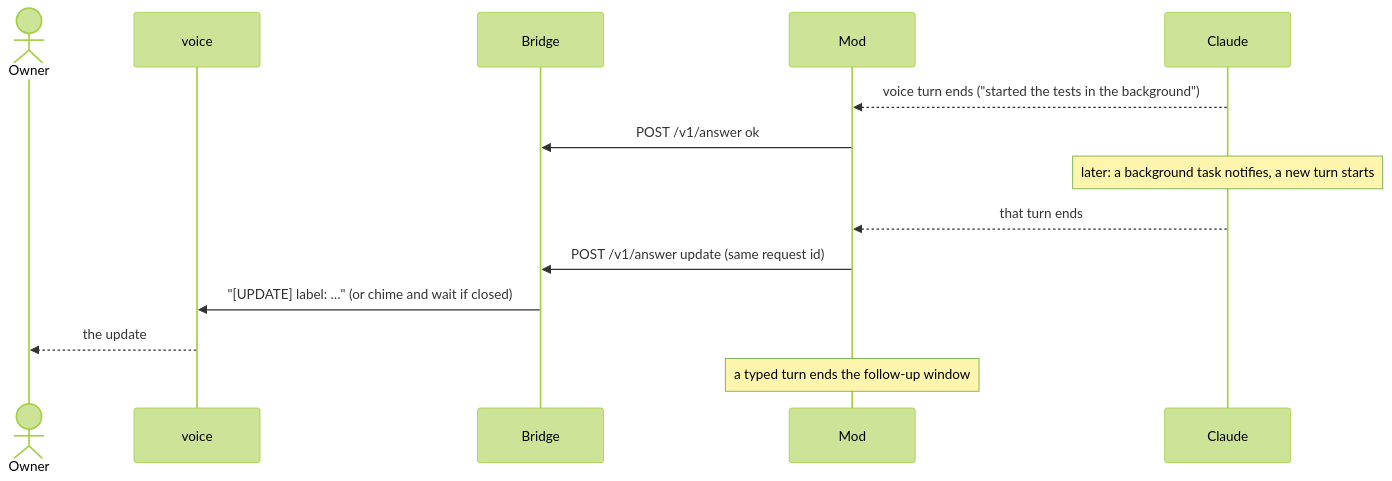
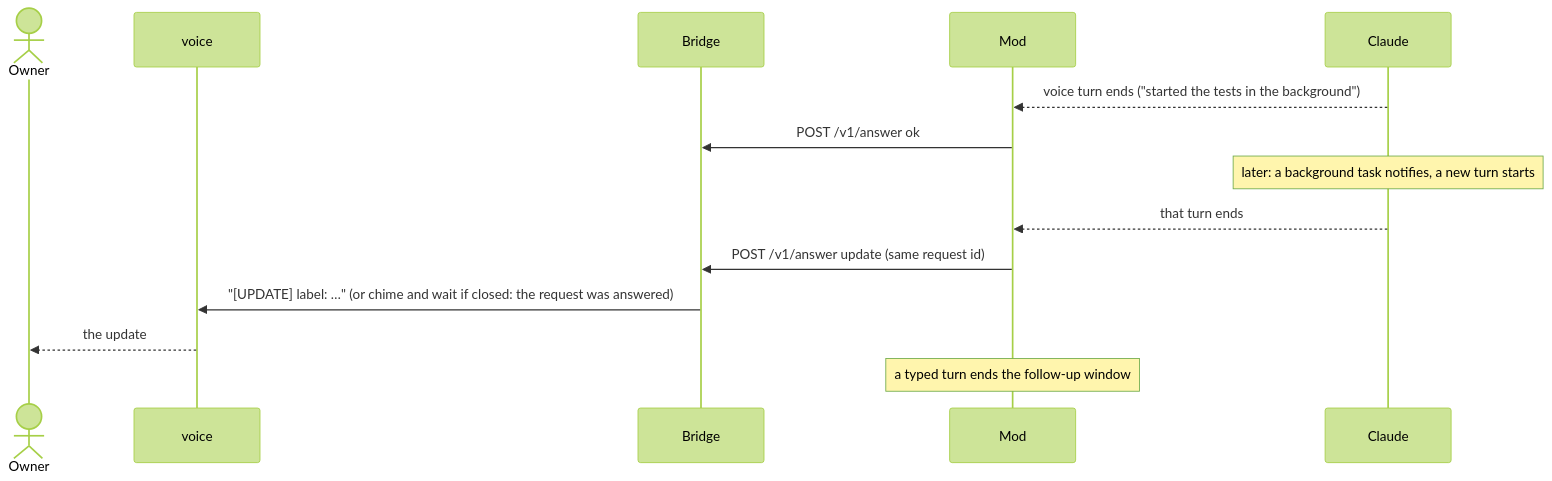
The sixth of 8 diagrams in docs/architecture/overview.md (Nezhinskiy/claude-gpt-live-bridge), drawn with Mermaid (forest theme) before and after one commit. The commit also changed other lines of this file and 7 other files, not shown here.

First line of the commit message:
feat(app): a result for a handed-off request opens the closed line

````diff
--- a/docs/architecture/overview.md
+++ b/docs/architecture/overview.md
@@ -275,16 +283,16 @@
 ```mermaid
 sequenceDiagram
   actor Owner
   participant Codex as voice
   participant Bridge
   participant Mod
   participant Claude
   Claude-->>Mod: voice turn ends ("started the tests in the background")
   Mod->>Bridge: POST /v1/answer ok
   Note over Claude: later: a background task notifies, a new turn starts
   Claude-->>Mod: that turn ends
   Mod->>Bridge: POST /v1/answer update (same request id)
-  Bridge->>Codex: "[UPDATE] label: …" (or chime and wait if closed)
+  Bridge->>Codex: "[UPDATE] label: …" (or chime and wait if closed: the request was answered)
   Codex-->>Owner: the update
   Note over Mod: a typed turn ends the follow-up window
 ```
````
